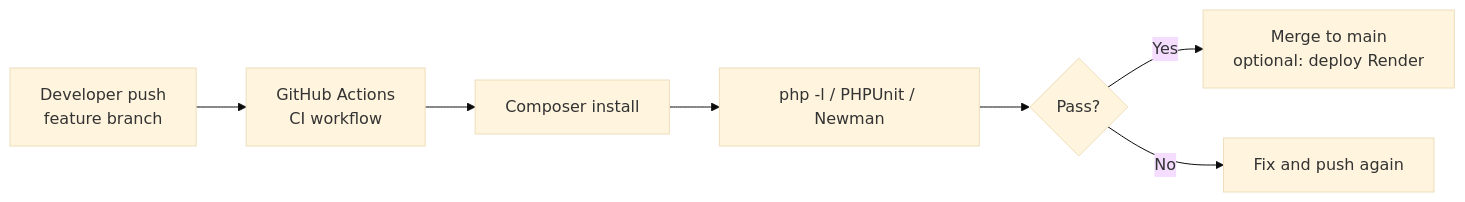
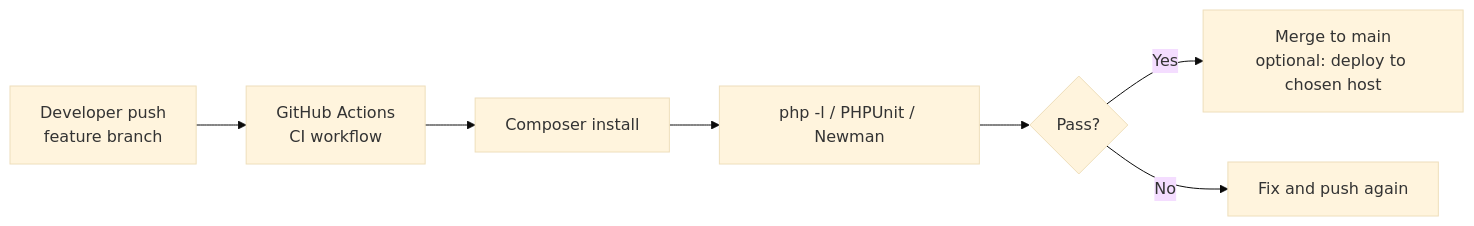
One commit to King-Angelo/Barangay_Inventory_System changed the sixth of 6 diagrams in FLOWCHART.md. Above: the diagram before and after it, drawn with Mermaid (base theme). The commit also changed other lines of this file and 10 other files, not shown here.

````diff
--- a/FLOWCHART.md
+++ b/FLOWCHART.md
@@ -127,9 +127,9 @@
 ```mermaid
 flowchart LR
     A[Developer push\nfeature branch] --> B[GitHub Actions\nCI workflow]
     B --> C[Composer install]
     C --> D[php -l / PHPUnit / Newman]
     D --> E{Pass?}
-    E -->|Yes| F[Merge to main\noptional: deploy Render]
+    E -->|Yes| F[Merge to main\noptional: deploy to chosen host]
     E -->|No| G[Fix and push again]
 ```
````
